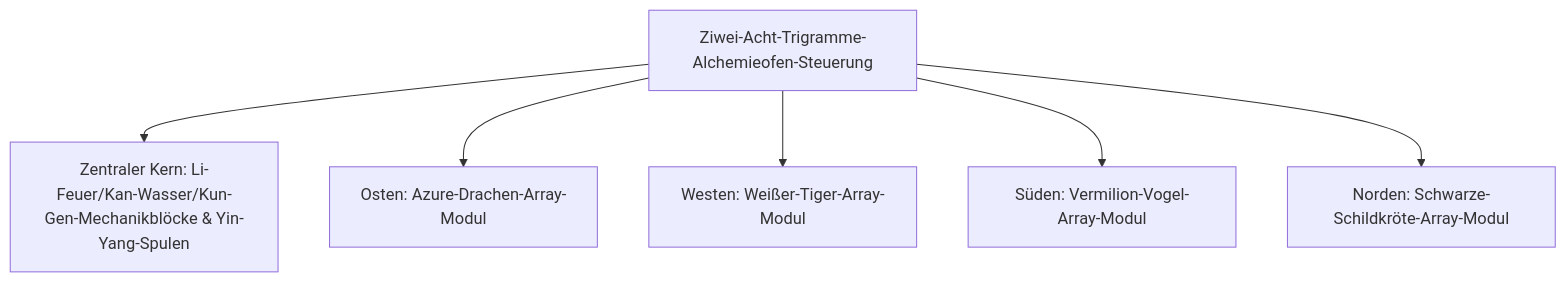
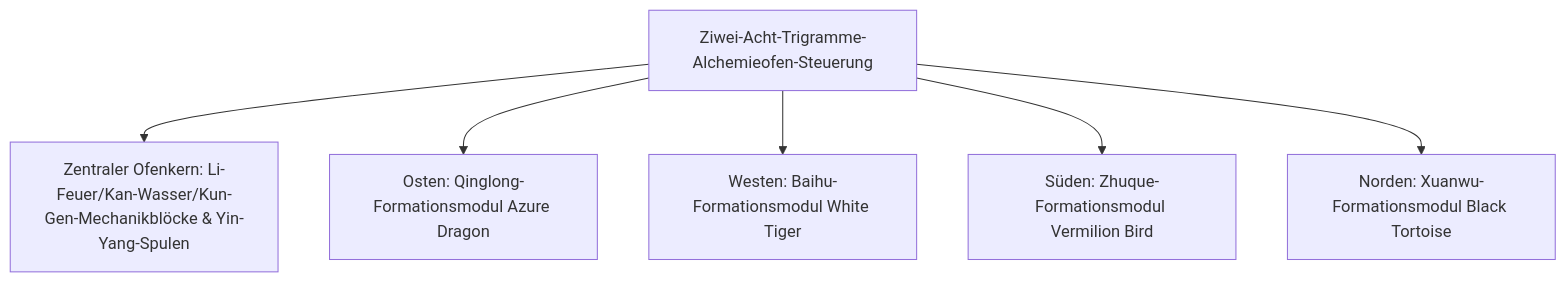
Before and after one commit to takanashisatou/GregtechEasy: the diagram in docs/de/gtecore/yin-yang-and-four-symbols.md, drawn with Mermaid. The commit also changed other lines of this file and 138 other files, not shown here.

````diff
--- a/docs/de/gtecore/yin-yang-and-four-symbols.md
+++ b/docs/de/gtecore/yin-yang-and-four-symbols.md
@@ -11,8 +11,8 @@
 ```mermaid
 graph TD
-    A[Ziwei-Acht-Trigramme-Alchemieofen-Steuerung] --> B[Zentraler Kern: Li-Feuer/Kan-Wasser/Kun-Gen-Mechanikblöcke & Yin-Yang-Spulen]
-    A --> C[Osten: Azure-Drachen-Array-Modul]
-    A --> D[Westen: Weißer-Tiger-Array-Modul]
-    A --> E[Süden: Vermilion-Vogel-Array-Modul]
-    A --> F[Norden: Schwarze-Schildkröte-Array-Modul]
+    A[Ziwei-Acht-Trigramme-Alchemieofen-Steuerung] --> B[Zentraler Ofenkern: Li-Feuer/Kan-Wasser/Kun-Gen-Mechanikblöcke & Yin-Yang-Spulen]
+    A --> C[Osten: Qinglong-Formationsmodul Azure Dragon]
+    A --> D[Westen: Baihu-Formationsmodul White Tiger]
+    A --> E[Süden: Zhuque-Formationsmodul Vermilion Bird]
+    A --> F[Norden: Xuanwu-Formationsmodul Black Tortoise]
 ```
````
